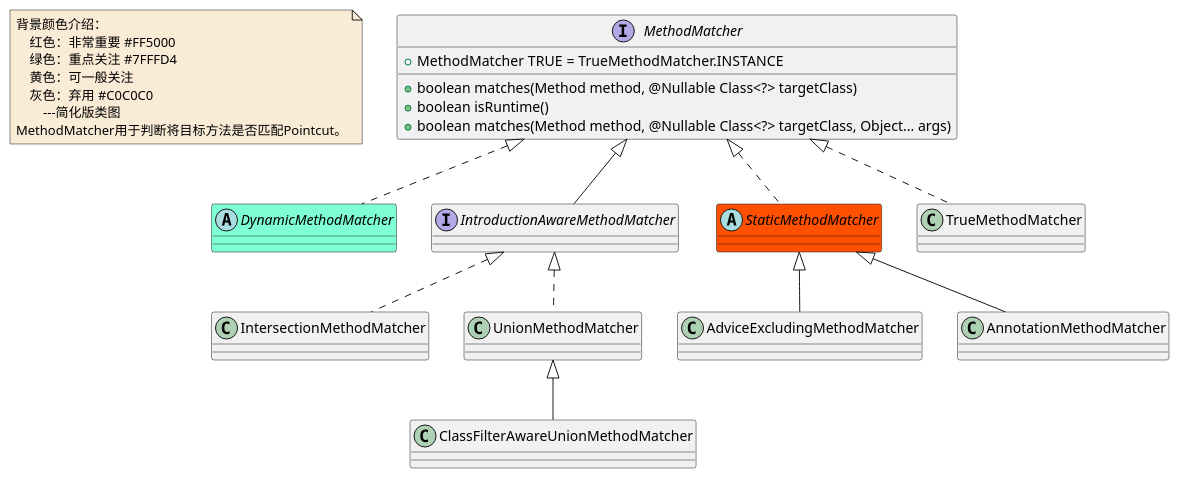
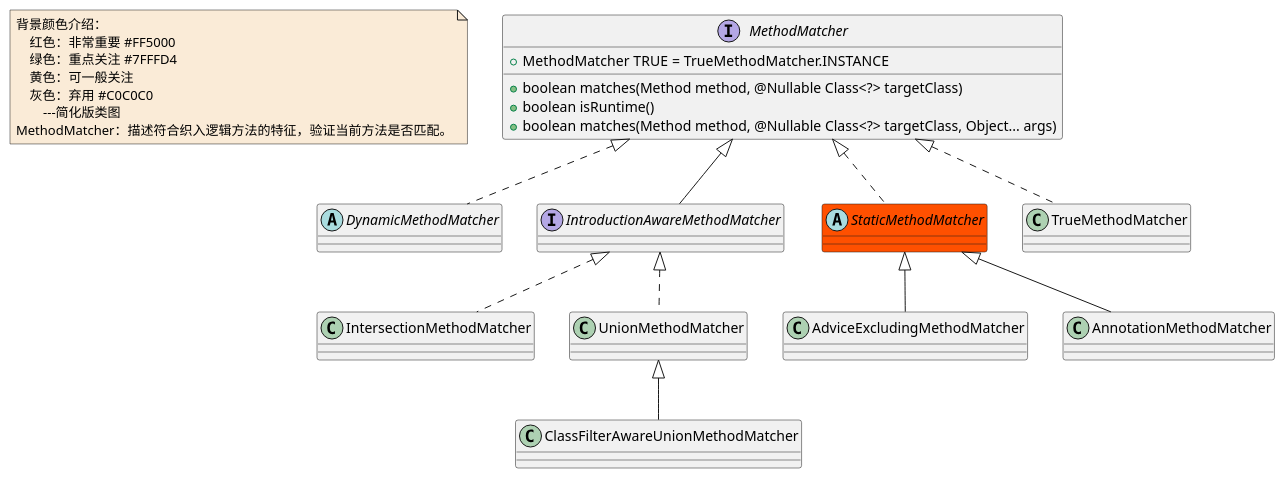
Before and after one commit to czwer/learn-spring-code: the diagram in document/spring/base/class/AOP-MethodMatcher-class.puml, drawn with PlantUML. The commit also changed 9 other files, not shown here.

```diff
--- a/document/spring/base/class/AOP-MethodMatcher-class.puml
+++ b/document/spring/base/class/AOP-MethodMatcher-class.puml
@@ -1,43 +1,43 @@
 @startuml
 
 note  as N1 #FAEBD7
     背景颜色介绍：
         红色：非常重要 #FF5000
         绿色：重点关注 #7FFFD4
         黄色：可一般关注
         灰色：弃用 #C0C0C0
             ---简化版类图
-    MethodMatcher用于判断将目标方法是否匹配Pointcut。
+    MethodMatcher：描述符合织入逻辑方法的特征，验证当前方法是否匹配。
 end note
 
 interface MethodMatcher
 MethodMatcher : +boolean matches(Method method, @Nullable Class<?> targetClass)
 MethodMatcher : +boolean isRuntime()
 MethodMatcher : +boolean matches(Method method, @Nullable Class<?> targetClass, Object... args)
 MethodMatcher : +MethodMatcher TRUE = TrueMethodMatcher.INSTANCE
 class AdviceExcludingMethodMatcher
 class ClassFilterAwareUnionMethodMatcher
-abstract class DynamicMethodMatcher #7FFFD4
+abstract class DynamicMethodMatcher
 interface IntroductionAwareMethodMatcher
 class IntersectionMethodMatcher
 abstract class StaticMethodMatcher #FF5000
 class TrueMethodMatcher
 class UnionMethodMatcher
 
 MethodMatcher <|.. DynamicMethodMatcher
 MethodMatcher <|-- IntroductionAwareMethodMatcher
 MethodMatcher <|.. StaticMethodMatcher
 MethodMatcher <|.. TrueMethodMatcher
 
 
 IntroductionAwareMethodMatcher <|.. IntersectionMethodMatcher
 IntroductionAwareMethodMatcher <|.. UnionMethodMatcher
 
 
 StaticMethodMatcher <|-- AdviceExcludingMethodMatcher
 StaticMethodMatcher <|-- AnnotationMethodMatcher
 
 
 UnionMethodMatcher <|-- ClassFilterAwareUnionMethodMatcher
 
 @enduml
```
